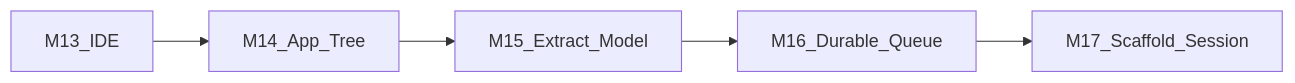
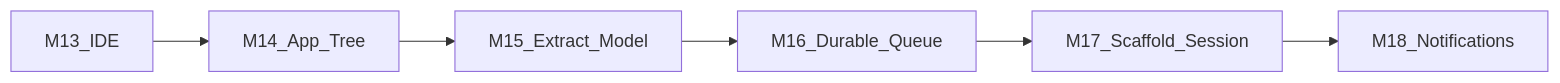
Before and after one commit to konaframework/kona: the second of 2 diagrams in MILESTONES.md, drawn with Mermaid. The commit also changed other lines of this file and 12 other files, not shown here.

````diff
--- a/MILESTONES.md
+++ b/MILESTONES.md
@@ -625,7 +652,8 @@
 ```mermaid
 flowchart LR
   M13[M13_IDE] --> M14[M14_App_Tree]
   M14 --> M15[M15_Extract_Model]
   M15 --> M16[M16_Durable_Queue]
   M16 --> M17[M17_Scaffold_Session]
+  M17 --> M18[M18_Notifications]
 ```
````
